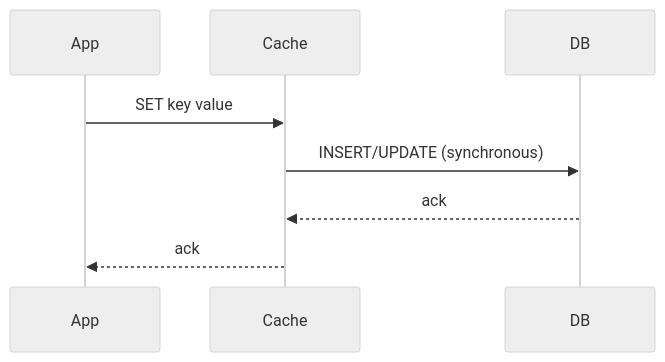
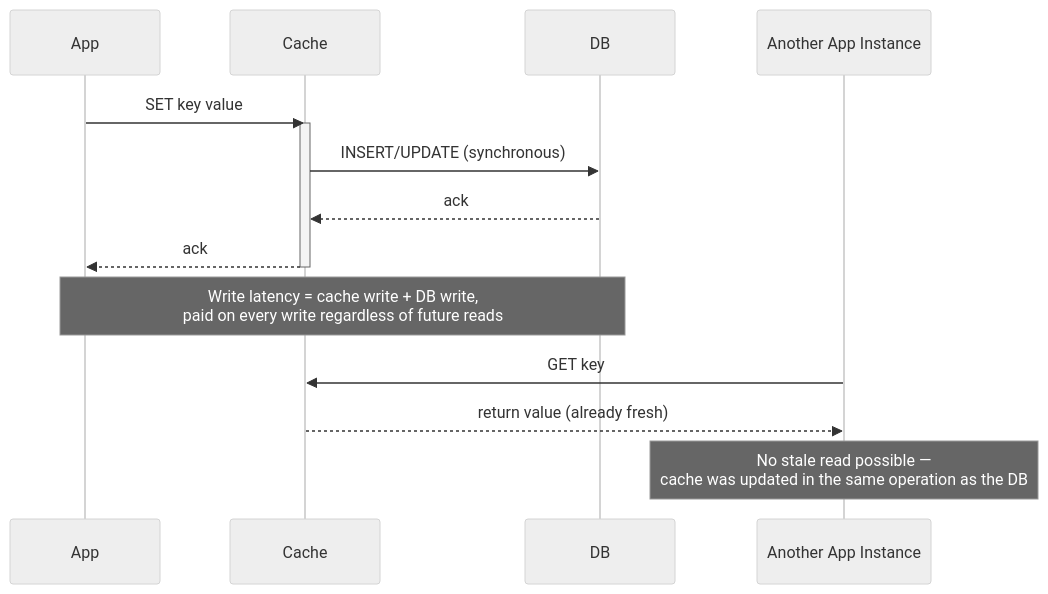
Before and after one commit to deepanshu-rawat6/DevOpsIndex: the third of 8 diagrams in databases/caching.md, drawn with Mermaid (neutral theme). The commit also changed other lines of this file and 7 other files, not shown here.

````diff
--- a/databases/caching.md
+++ b/databases/caching.md
@@ -94,11 +141,19 @@
 ```mermaid
 sequenceDiagram
     participant App
     participant Cache
     participant DB
+    participant App2 as Another App Instance
 
     App->>Cache: SET key value
+    activate Cache
     Cache->>DB: INSERT/UPDATE (synchronous)
     DB-->>Cache: ack
     Cache-->>App: ack
+    deactivate Cache
+    Note over App,DB: Write latency = cache write + DB write,<br/>paid on every write regardless of future reads
+
+    App2->>Cache: GET key
+    Cache-->>App2: return value (already fresh)
+    Note over App2: No stale read possible —<br/>cache was updated in the same operation as the DB
 ```
````
